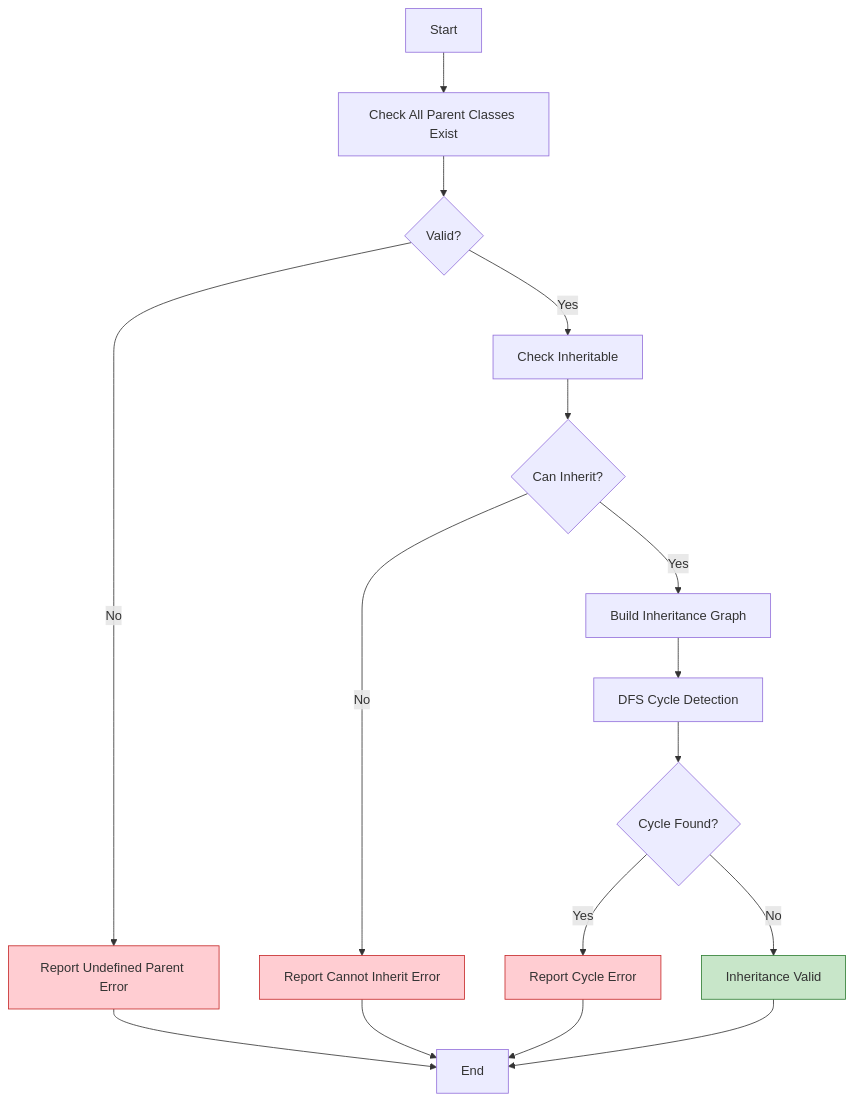
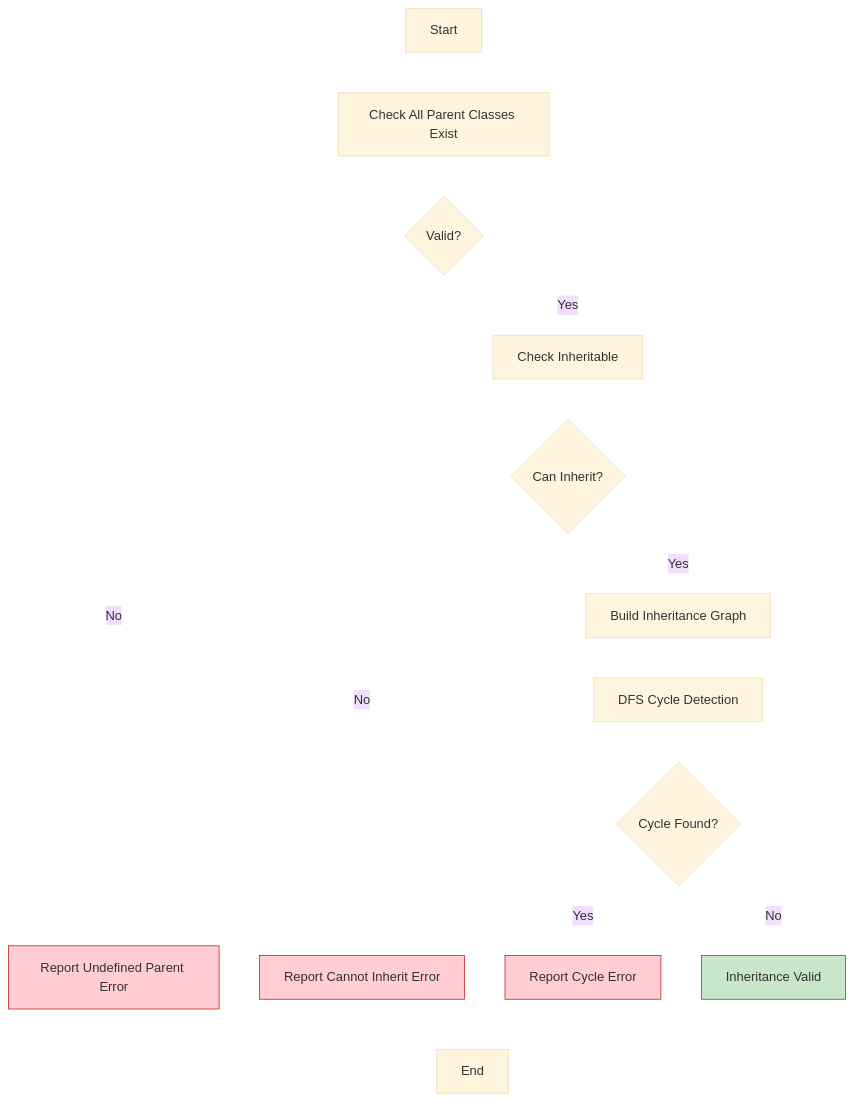
Before and after one commit to michifueby/Cool-Interpreter: the third of 4 diagrams in docs/03-SEMANTIC-ANALYSIS.md, drawn with Mermaid.

Commit message:
Update inheritance graph in semantic analysis documentation

````diff
--- a/docs/03-SEMANTIC-ANALYSIS.md
+++ b/docs/03-SEMANTIC-ANALYSIS.md
@@ -268,28 +268,30 @@
 ```mermaid
+%%{init: {'theme': 'base', 'themeVariables': { 'textColor': '#ffffff', 'lineColor': '#ffffff'}}}%%
+
 flowchart TB
     Start[Start] --> CheckParents[Check All Parent Classes Exist]
     CheckParents --> ValidParents{Valid?}
     
     ValidParents -->|No| Error1[Report Undefined Parent Error]
     ValidParents -->|Yes| CheckInheritable[Check Inheritable]
     
     CheckInheritable --> CanInherit{Can Inherit?}
     CanInherit -->|No| Error2[Report Cannot Inherit Error]
     CanInherit -->|Yes| BuildGraph[Build Inheritance Graph]
     
     BuildGraph --> DetectCycles[DFS Cycle Detection]
     DetectCycles --> HasCycle{Cycle Found?}
     
     HasCycle -->|Yes| Error3[Report Cycle Error]
     HasCycle -->|No| Success[Inheritance Valid]
     
     Error1 --> End[End]
     Error2 --> End
     Error3 --> End
     Success --> End
     
     style Success fill:#c8e6c9,stroke:#2e7d32
     style Error1 fill:#ffcdd2,stroke:#c62828
     style Error2 fill:#ffcdd2,stroke:#c62828
     style Error3 fill:#ffcdd2,stroke:#c62828
 ```
````
